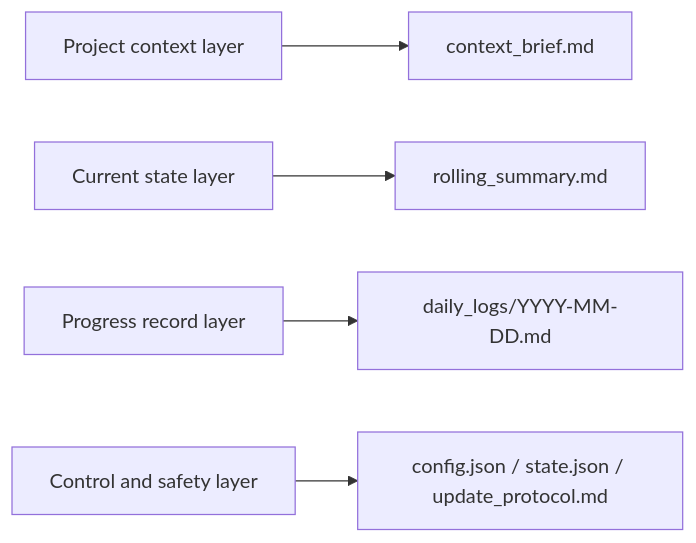
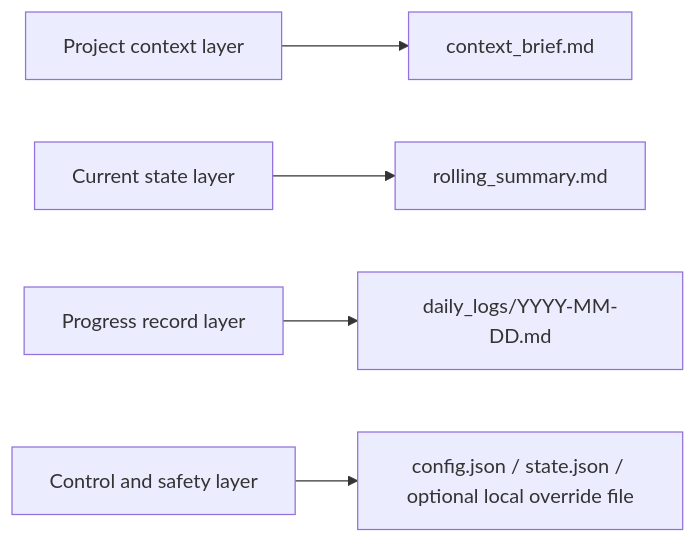
One commit to Frappucc1no/contextweave changed the third of 4 diagrams in README.md. Above: the diagram before and after it, drawn with Mermaid. The commit also changed other lines of this file and 15 other files, not shown here.

````diff
--- a/README.md
+++ b/README.md
@@ -121,7 +123,7 @@
 ```mermaid
 flowchart LR
     A["Project context layer"] --> A1["context_brief.md"]
     B["Current state layer"] --> B1["rolling_summary.md"]
     C["Progress record layer"] --> C1["daily_logs/YYYY-MM-DD.md"]
-    D["Control and safety layer"] --> D1["config.json / state.json / update_protocol.md"]
+    D["Control and safety layer"] --> D1["config.json / state.json / optional local override file"]
 ```
````
